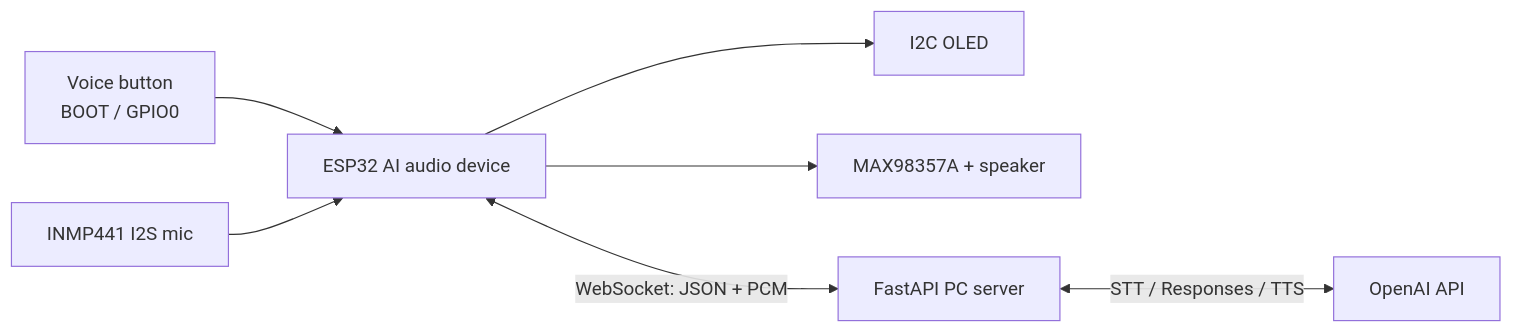
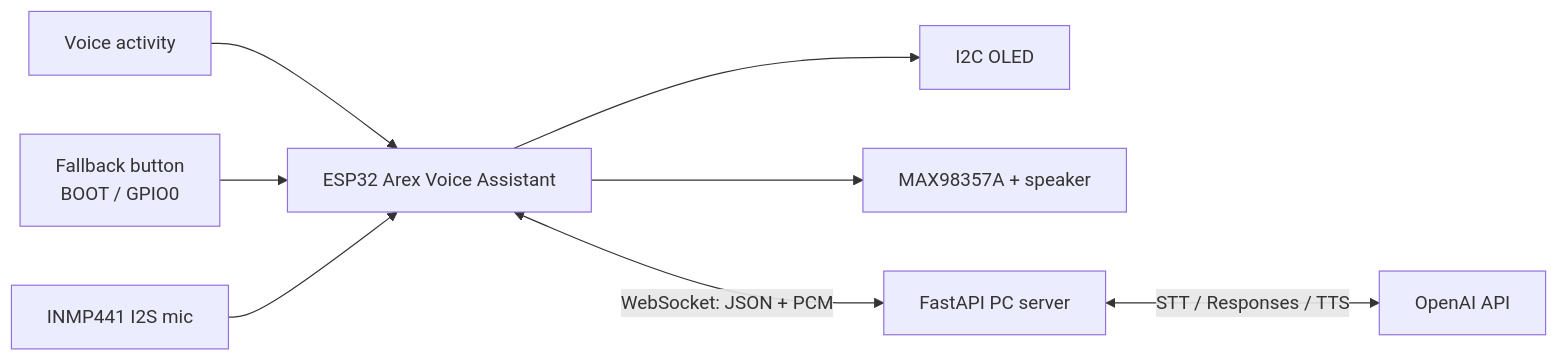
Before and after one commit to Jie-s-hub/Arex-Voice-Assistant: the diagram in README.md, drawn with Mermaid. The commit also changed other lines of this file and 34 other files, not shown here.

Commit message:
Rename project to Arex Voice Assistant

````diff
--- a/README.md
+++ b/README.md
@@ -16,9 +17,10 @@
 ```mermaid
 flowchart LR
-    BUTTON["Voice button<br/>BOOT / GPIO0"] --> ESP32["ESP32 AI audio device"]
+    SOUND["Voice activity"] --> ESP32["ESP32 Arex Voice Assistant"]
+    BUTTON["Fallback button<br/>BOOT / GPIO0"] --> ESP32
     MIC["INMP441 I2S mic"] --> ESP32
     ESP32 --> OLED["I2C OLED"]
     ESP32 --> AMP["MAX98357A + speaker"]
     ESP32 <-->|"WebSocket: JSON + PCM"| PC["FastAPI PC server"]
     PC <-->|"STT / Responses / TTS"| OPENAI["OpenAI API"]
 ```
````
